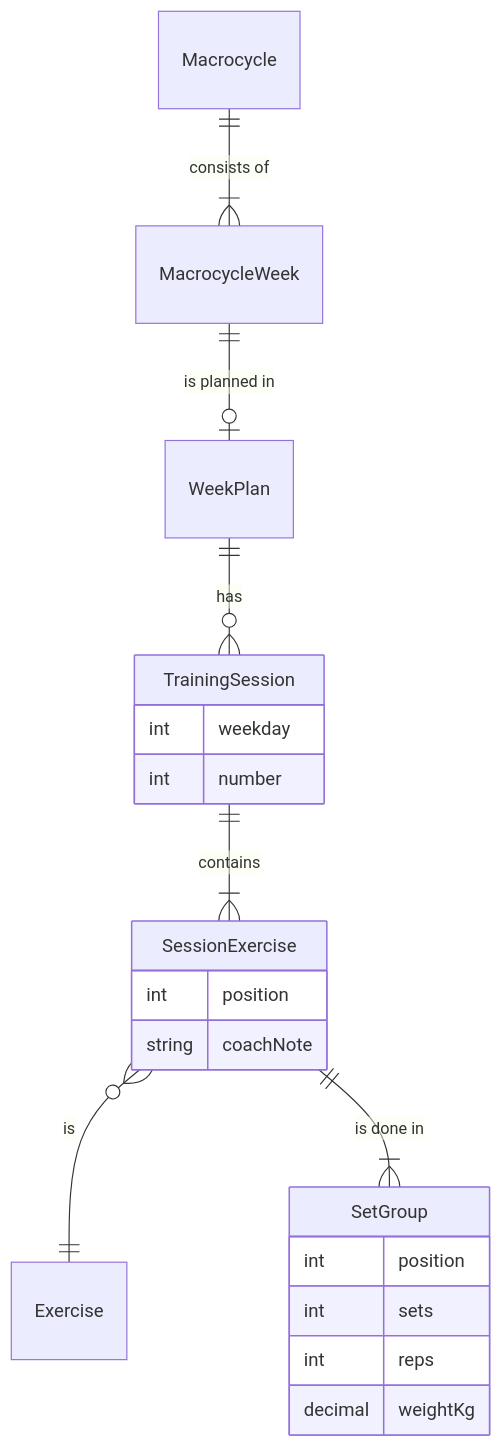
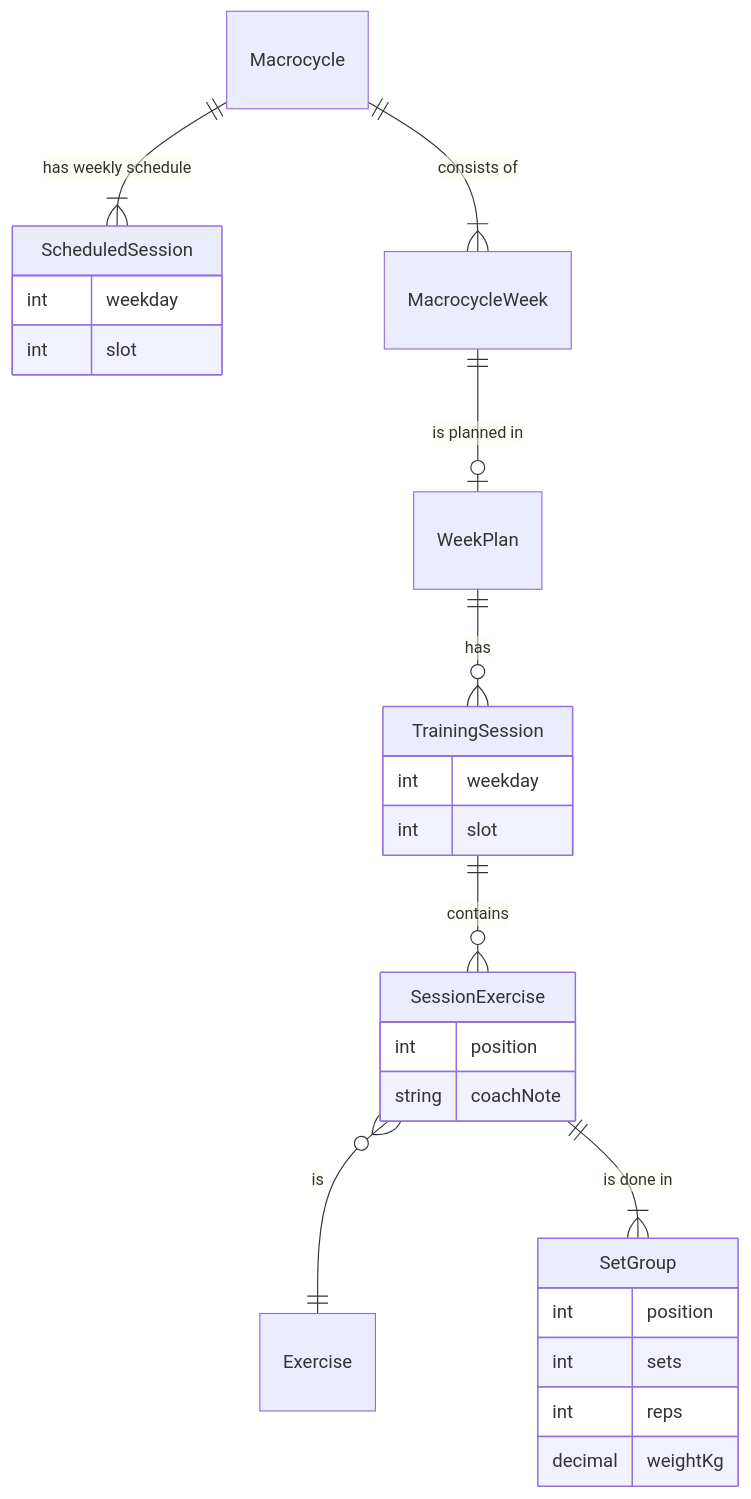
Before and after one commit to simonwesthoff/cool: the diagram in openspec/changes/add-week-planning/design.md, drawn with Mermaid. The commit also changed other lines of this file and 4 other files, not shown here.

First line of the commit message:
add-week-planning: two-step editor, weekly schedule, notes in prefill

````diff
--- a/openspec/changes/add-week-planning/design.md
+++ b/openspec/changes/add-week-planning/design.md
@@ -139,23 +201,28 @@
 ```mermaid
 erDiagram
+    Macrocycle ||--|{ ScheduledSession : "has weekly schedule"
     Macrocycle ||--|{ MacrocycleWeek : "consists of"
     MacrocycleWeek ||--o| WeekPlan : "is planned in"
     WeekPlan ||--o{ TrainingSession : "has"
-    TrainingSession ||--|{ SessionExercise : "contains"
+    TrainingSession ||--o{ SessionExercise : "contains"
     SessionExercise }o--|| Exercise : "is"
     SessionExercise ||--|{ SetGroup : "is done in"
+    ScheduledSession {
+        int weekday
+        int slot
+    }
     TrainingSession {
         int weekday
-        int number
+        int slot
     }
     SessionExercise {
         int position
         string coachNote
     }
     SetGroup {
         int position
         int sets
         int reps
         decimal weightKg
     }
 ```
````
